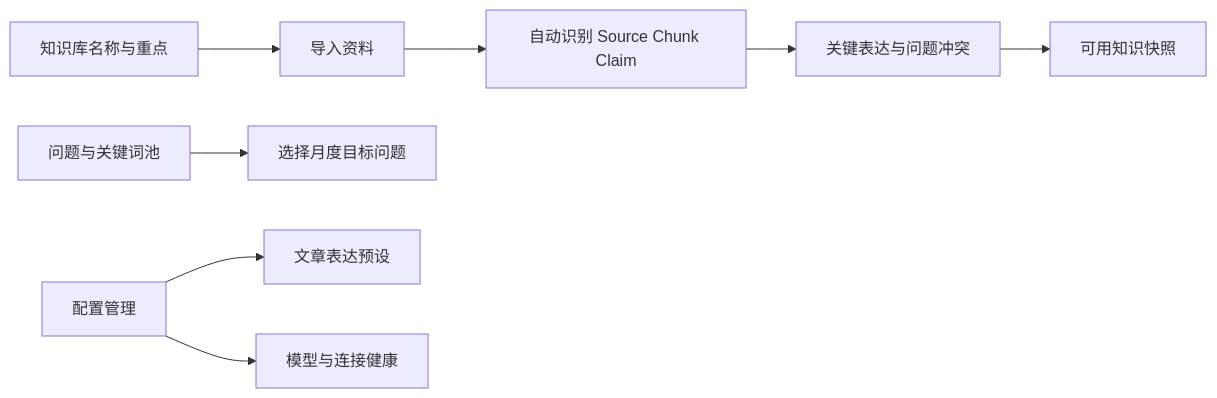
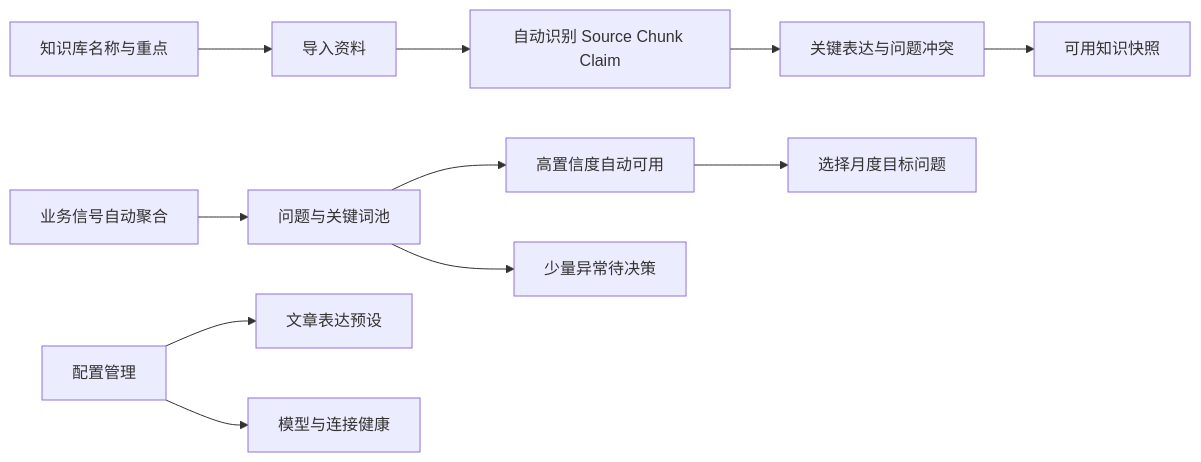
Before and after one commit to 1736280642-Star/gtm-content-growth-workbench: the diagram in docs/方案与规划/分支一-知识问题与配置管理开发文档.md, drawn with Mermaid. The commit also changed other lines of this file, not shown here.

````diff
--- a/docs/方案与规划/分支一-知识问题与配置管理开发文档.md
+++ b/docs/方案与规划/分支一-知识问题与配置管理开发文档.md
@@ -20,11 +20,14 @@
 ```mermaid
 flowchart LR
     A["知识库名称与重点"] --> B["导入资料"]
     B --> C["自动识别 Source Chunk Claim"]
     C --> D["关键表达与问题冲突"]
     D --> E["可用知识快照"]
 
-    F["问题与关键词池"] --> G["选择月度目标问题"]
-    H["配置管理"] --> I["文章表达预设"]
-    H --> J["模型与连接健康"]
+    F["业务信号自动聚合"] --> G["问题与关键词池"]
+    G --> H["高置信度自动可用"]
+    G --> I["少量异常待决策"]
+    H --> J["选择月度目标问题"]
+    K["配置管理"] --> L["文章表达预设"]
+    K --> M["模型与连接健康"]
 ```
````
